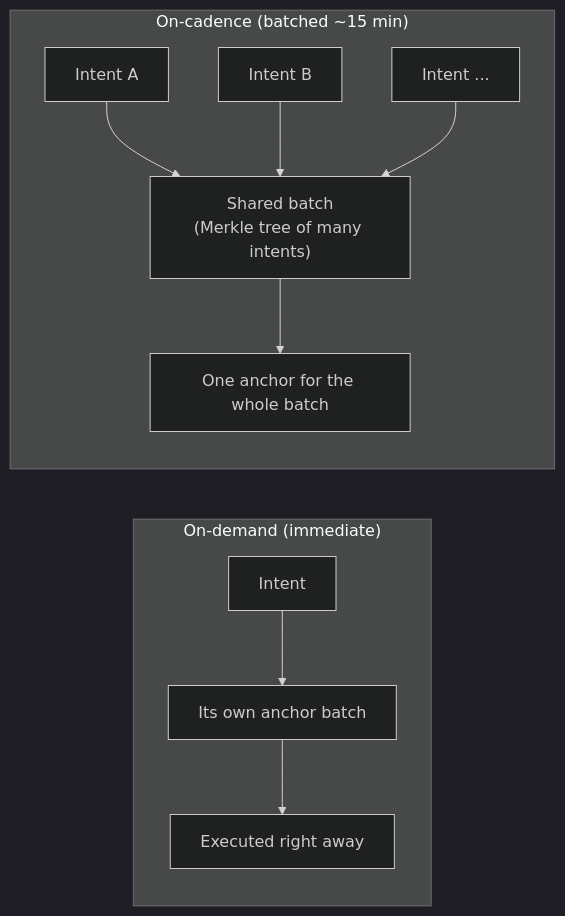
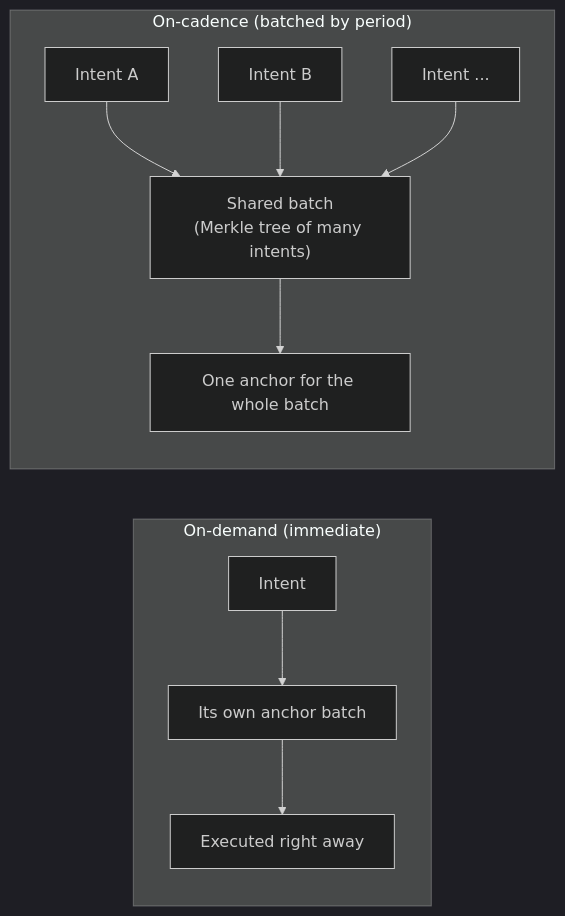
The seventh of 10 diagrams in docs/founders/03-end-to-end-workflows.md (certenIO/certen-validator), drawn with Mermaid (dark theme) before and after one commit. The commit also changed 1 other file, not shown here.

Commit message:
Document proof classes and the batching environment variables

````diff
--- a/docs/founders/03-end-to-end-workflows.md
+++ b/docs/founders/03-end-to-end-workflows.md
@@ -254,12 +254,12 @@
 ```mermaid
 flowchart LR
     subgraph OD["On-demand (immediate)"]
         od1["Intent"] --> od2["Its own anchor batch"] --> od3["Executed right away"]
     end
-    subgraph OC["On-cadence (batched ~15 min)"]
+    subgraph OC["On-cadence (batched by period)"]
         oc1["Intent A"] --> bat["Shared batch<br/>(Merkle tree of many intents)"]
         oc2["Intent B"] --> bat
         oc3["Intent ..."] --> bat
         bat --> anch["One anchor for the whole batch"]
     end
 ```
````
